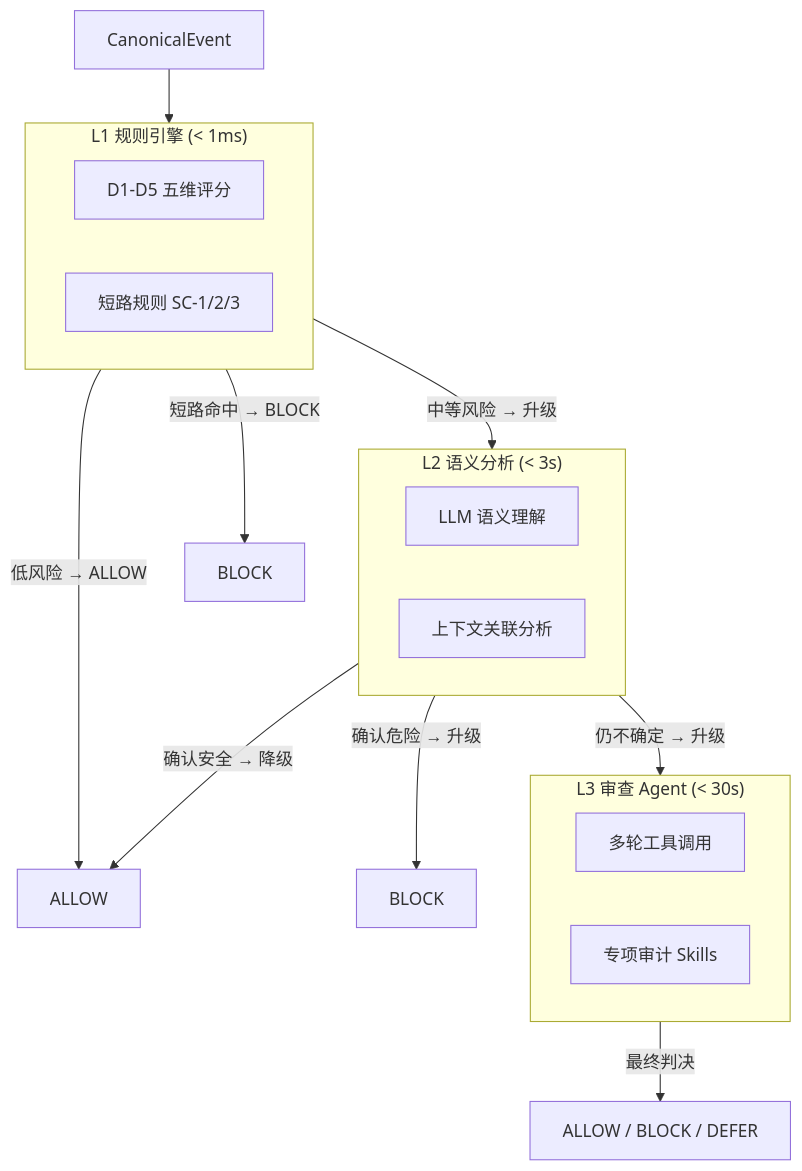
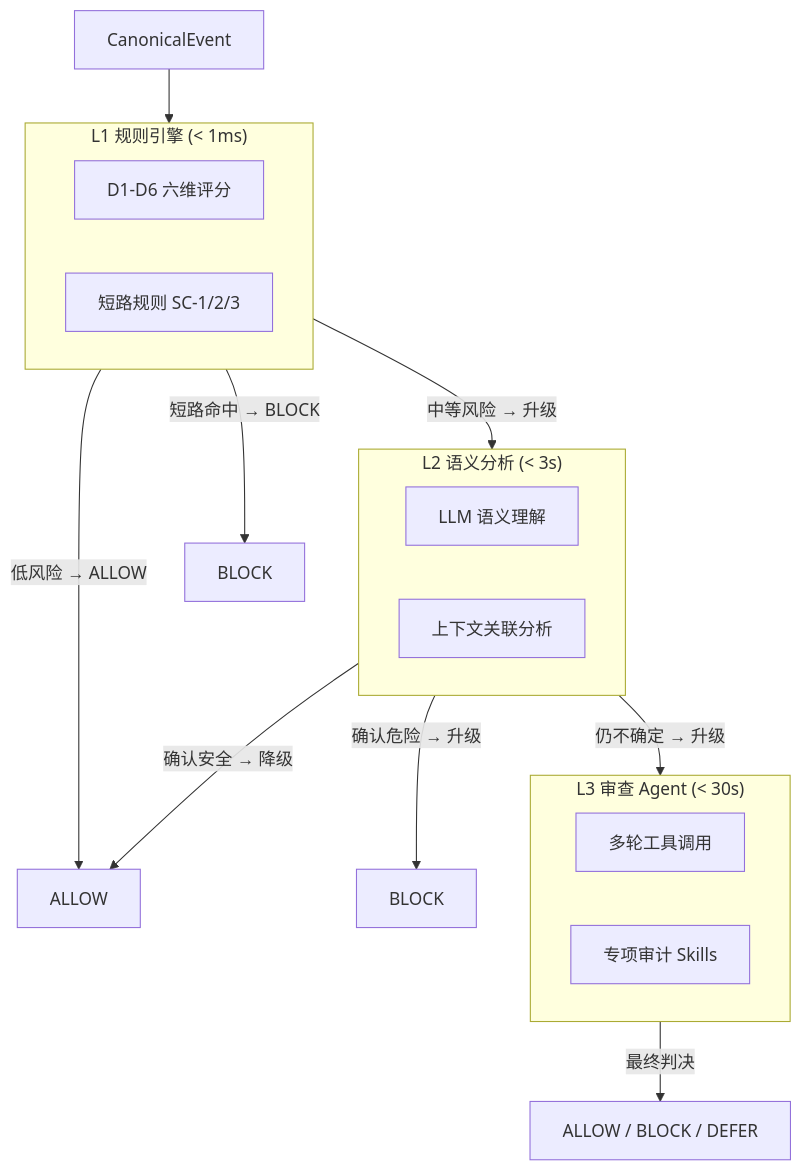
Before and after one commit to A3S-Lab/ClawSentry: the second of 7 diagrams in site-docs/getting-started/concepts.md, drawn with Mermaid. The commit also changed other lines of this file and 10 other files, not shown here.

````diff
--- a/site-docs/getting-started/concepts.md
+++ b/site-docs/getting-started/concepts.md
@@ -157,29 +157,29 @@
 ```mermaid
 graph TD
     E[CanonicalEvent] --> L1
 
     subgraph L1 ["L1 规则引擎 (< 1ms)"]
-        L1_EVAL[D1-D5 五维评分]
+        L1_EVAL[D1-D6 六维评分]
         L1_SC[短路规则 SC-1/2/3]
     end
 
     L1 -->|"低风险 → ALLOW"| OUT_A[ALLOW]
     L1 -->|"短路命中 → BLOCK"| OUT_B[BLOCK]
     L1 -->|"中等风险 → 升级"| L2
 
     subgraph L2 ["L2 语义分析 (< 3s)"]
         L2_LLM[LLM 语义理解]
         L2_CTX[上下文关联分析]
     end
 
     L2 -->|"确认安全 → 降级"| OUT_A
     L2 -->|"确认危险 → 升级"| OUT_B2[BLOCK]
     L2 -->|"仍不确定 → 升级"| L3
 
     subgraph L3 ["L3 审查 Agent (< 30s)"]
         L3_AGENT[多轮工具调用]
         L3_SKILL[专项审计 Skills]
     end
 
     L3 -->|"最终判决"| OUT_F[ALLOW / BLOCK / DEFER]
 ```
````
